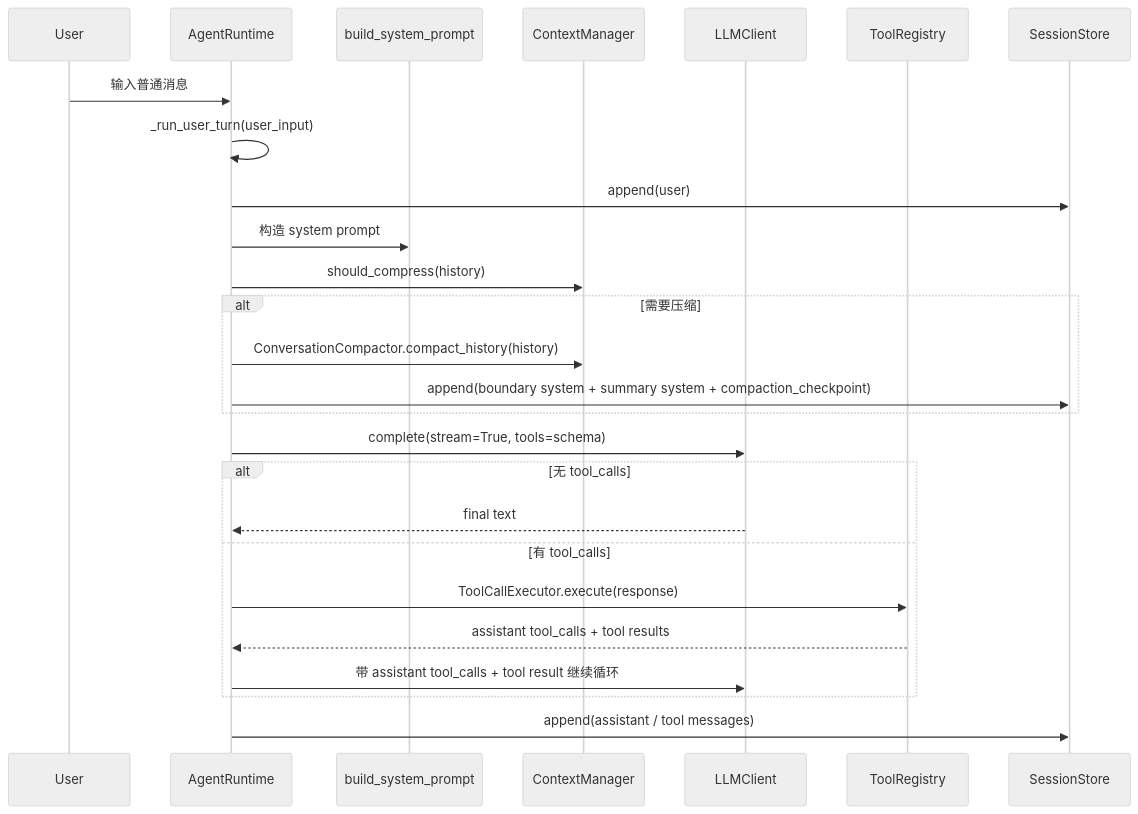
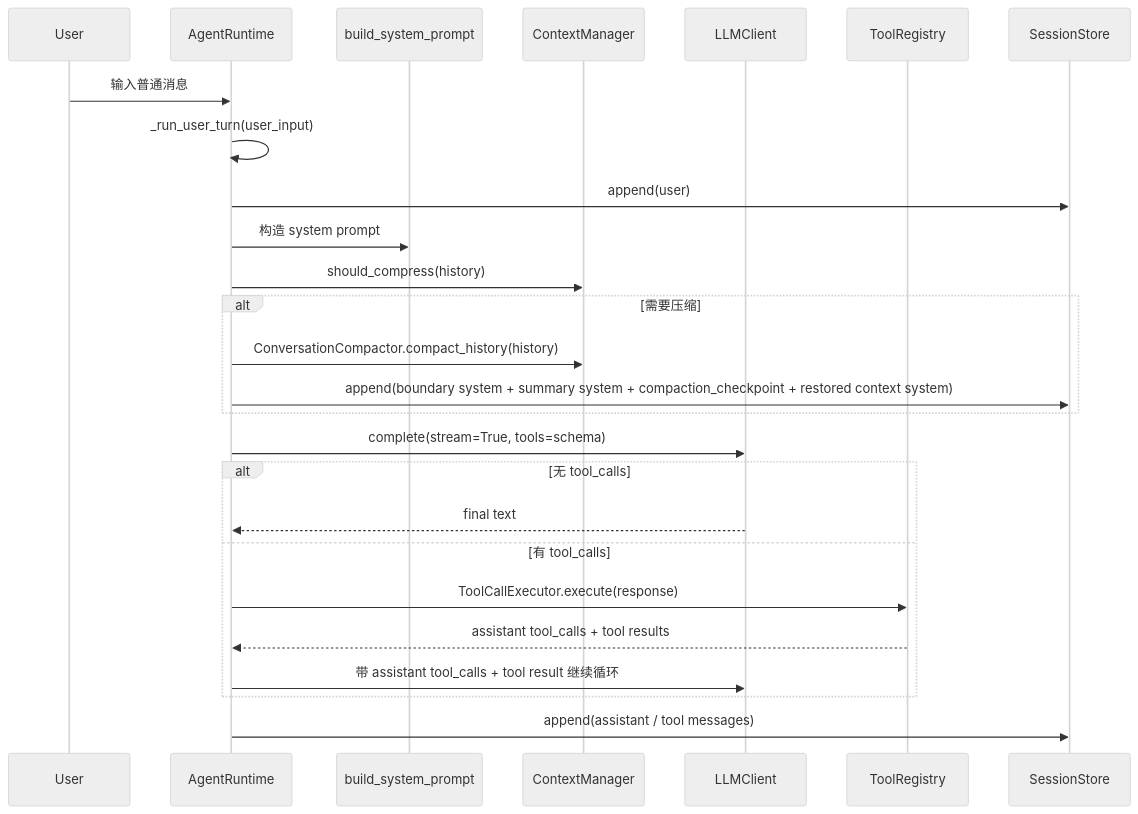
Before and after one commit to acofGDUT/Xcode: the second of 5 diagrams in docs/current/ARCHITECTURE.md, drawn with Mermaid (neutral theme). The commit also changed other lines of this file and 32 other files, not shown here.

````diff
--- a/docs/current/ARCHITECTURE.md
+++ b/docs/current/ARCHITECTURE.md
@@ -96,29 +96,29 @@
 ```mermaid
 sequenceDiagram
     participant U as User
     participant R as AgentRuntime
     participant P as build_system_prompt
     participant C as ContextManager
     participant L as LLMClient
     participant T as ToolRegistry
     participant S as SessionStore
 
     U->>R: 输入普通消息
     R->>R: _run_user_turn(user_input)
     R->>S: append(user)
     R->>P: 构造 system prompt
     R->>C: should_compress(history)
     alt 需要压缩
         R->>C: ConversationCompactor.compact_history(history)
-        R->>S: append(boundary system + summary system + compaction_checkpoint)
+        R->>S: append(boundary system + summary system + compaction_checkpoint + restored context system)
     end
     R->>L: complete(stream=True, tools=schema)
     alt 无 tool_calls
         L-->>R: final text
     else 有 tool_calls
         R->>T: ToolCallExecutor.execute(response)
         T-->>R: assistant tool_calls + tool results
         R->>L: 带 assistant tool_calls + tool result 继续循环
     end
     R->>S: append(assistant / tool messages)
 ```
````
